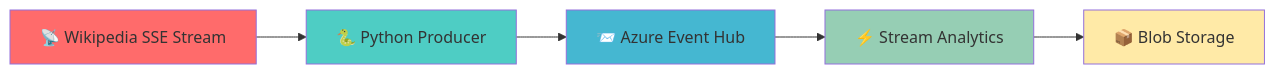
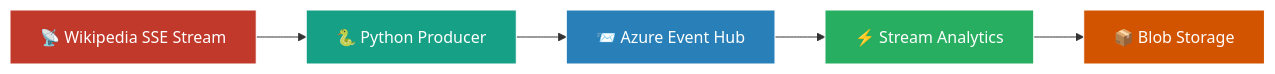
The first of 3 diagrams in Readme.md (CanKumet/WikipediaAnalyticsWithAzure), drawn with Mermaid before and after one commit.

````diff
--- a/Readme.md
+++ b/Readme.md
@@ -17,13 +17,13 @@
 ```mermaid
 graph LR
     A[📡 Wikipedia SSE Stream] --> B[🐍 Python Producer]
     B --> C[📨 Azure Event Hub]
     C --> D[⚡ Stream Analytics]
     D --> E[📦 Blob Storage]
     
-    style A fill:#ff6b6b
-    style B fill:#4ecdc4
-    style C fill:#45b7d1
-    style D fill:#96ceb4
-    style E fill:#ffeaa7
+    style A fill:#c0392b,stroke:#fff,color:#fff
+    style B fill:#16a085,stroke:#fff,color:#fff
+    style C fill:#2980b9,stroke:#fff,color:#fff
+    style D fill:#27ae60,stroke:#fff,color:#fff
+    style E fill:#d35400,stroke:#fff,color:#fff
 ```
````
